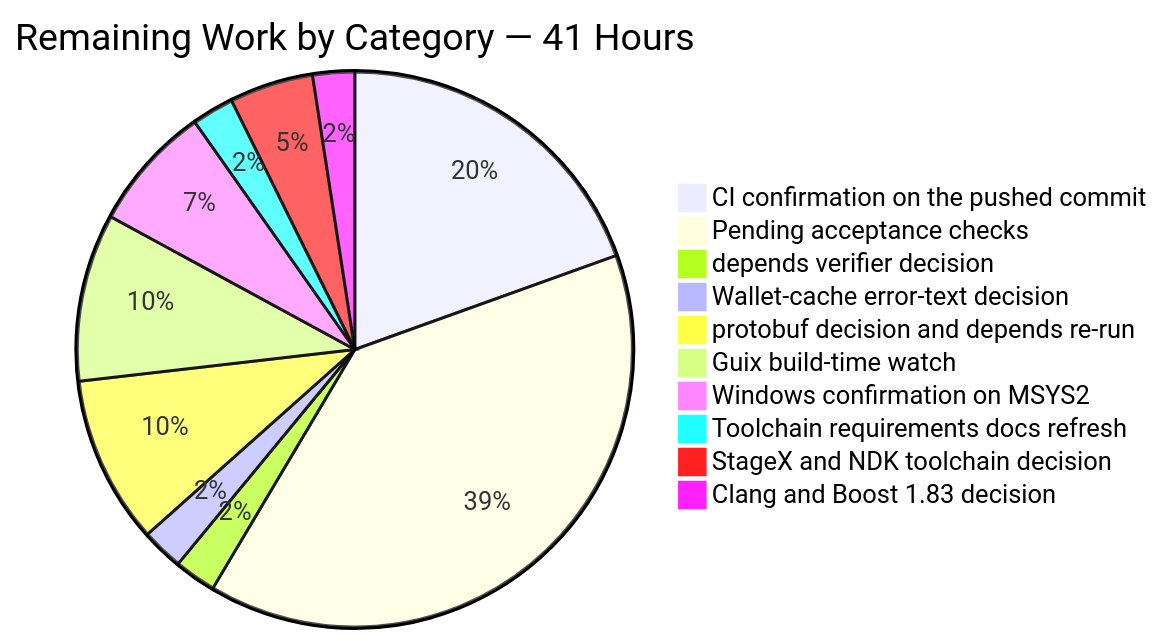
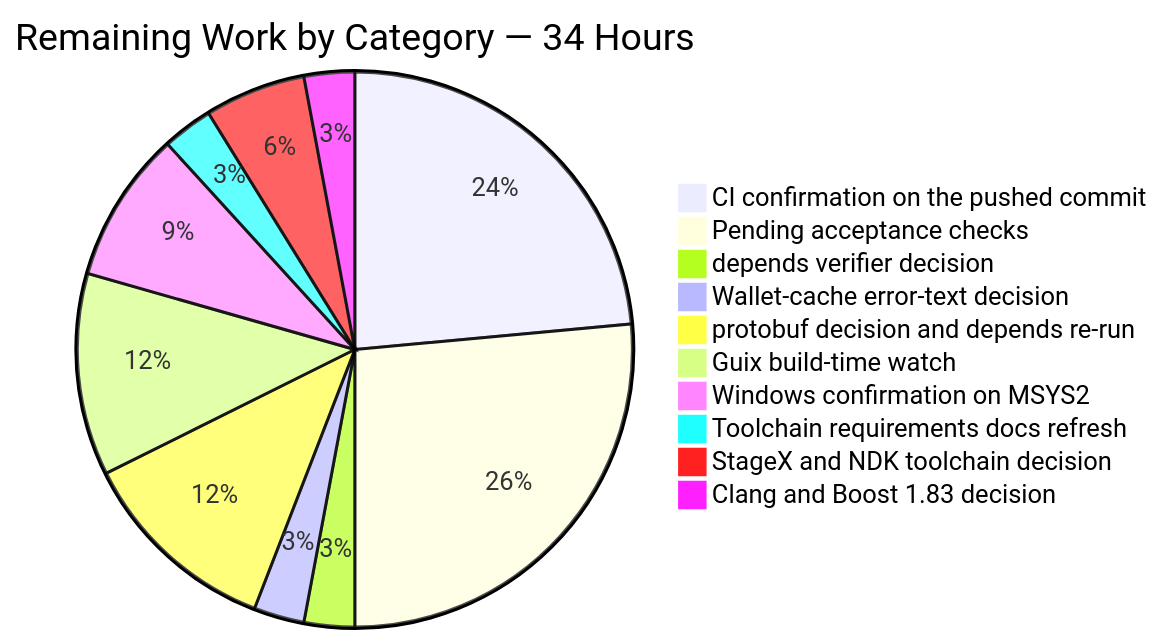
Before and after one commit to Tzadiko/monero: the third of 4 diagrams in blitzy/documentation/Project Guide.md, drawn with Mermaid. The commit also changed other lines of this file, not shown here.

````diff
--- a/blitzy/documentation/Project Guide.md
+++ b/blitzy/documentation/Project Guide.md
@@ -1699,13 +1708,13 @@
 ```mermaid
-pie title Remaining Work by Category — 41 Hours
+pie title Remaining Work by Category — 34 Hours
     "CI confirmation on the pushed commit" : 8
-    "Pending acceptance checks" : 16
+    "Pending acceptance checks" : 9
     "depends verifier decision" : 1
     "Wallet-cache error-text decision" : 1
     "protobuf decision and depends re-run" : 4
     "Guix build-time watch" : 4
     "Windows confirmation on MSYS2" : 3
     "Toolchain requirements docs refresh" : 1
     "StageX and NDK toolchain decision" : 2
     "Clang and Boost 1.83 decision" : 1
 ```
````
